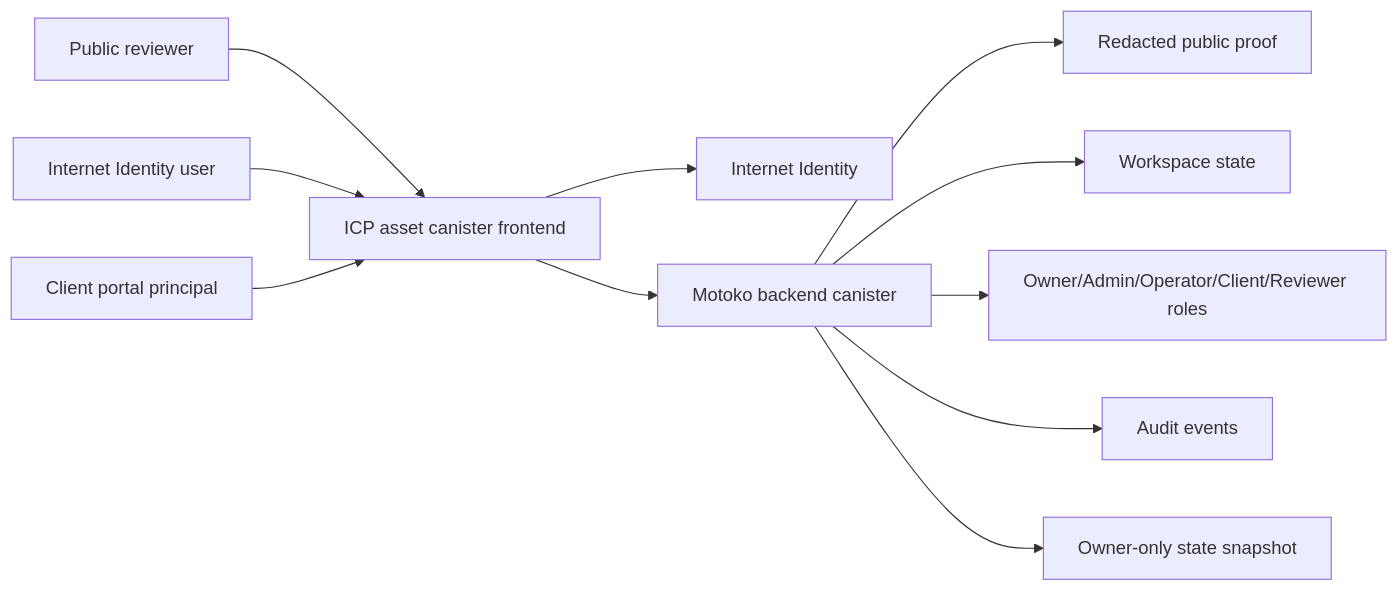
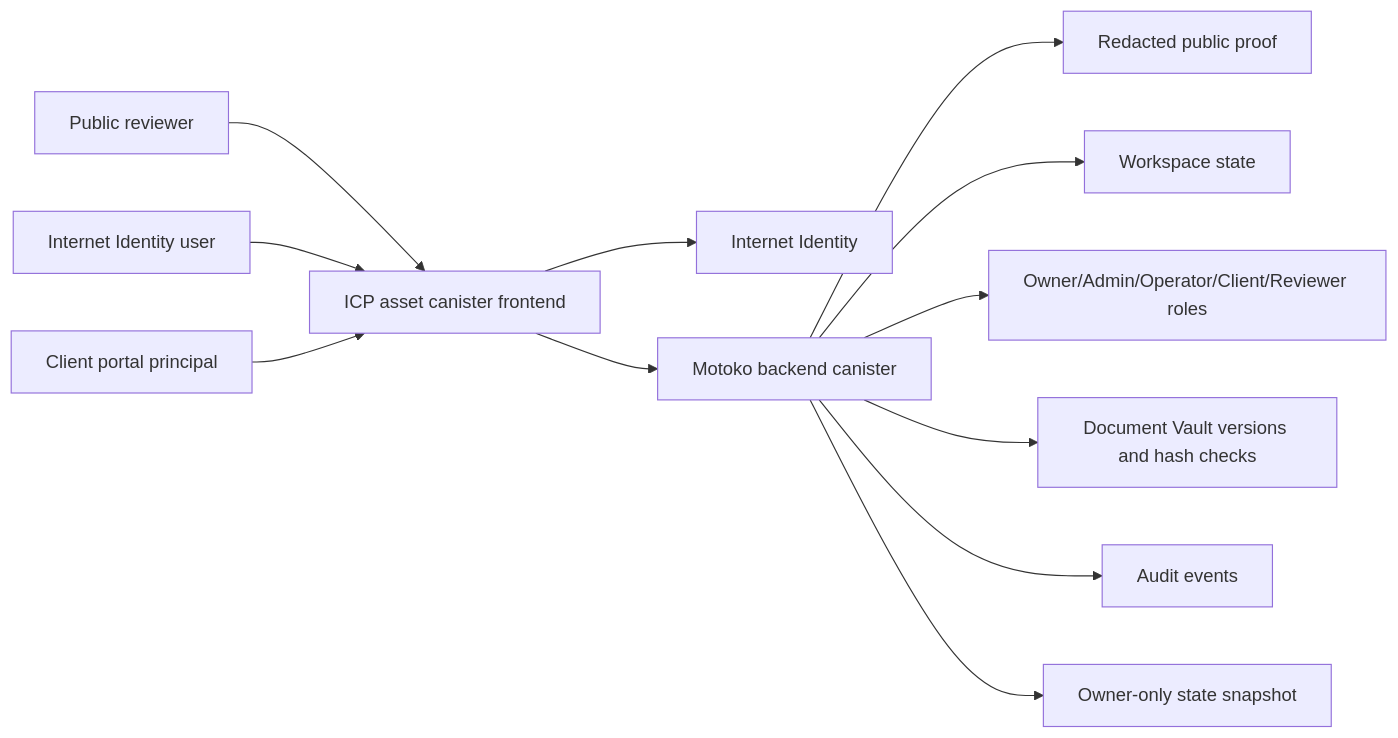
The diagram in docs/architecture.md (robert19001-cmyk/sovereign-desk-icp), drawn with Mermaid before and after one commit. The commit also changed other lines of this file and 20 other files, not shown here.

Commit message:
Harden controllers and add document vault

````diff
--- a/docs/architecture.md
+++ b/docs/architecture.md
@@ -5,13 +5,14 @@
 ```mermaid
 flowchart LR
   Visitor[Public reviewer] --> Frontend[ICP asset canister frontend]
   Operator[Internet Identity user] --> Frontend
   Client[Client portal principal] --> Frontend
   Frontend --> Auth[Internet Identity]
   Frontend --> Backend[Motoko backend canister]
   Backend --> PublicDemo[Redacted public proof]
   Backend --> Workspace[Workspace state]
   Backend --> Roles[Owner/Admin/Operator/Client/Reviewer roles]
+  Backend --> Vault[Document Vault versions and hash checks]
   Backend --> Audit[Audit events]
   Backend --> Snapshot[Owner-only state snapshot]
 ```
````
